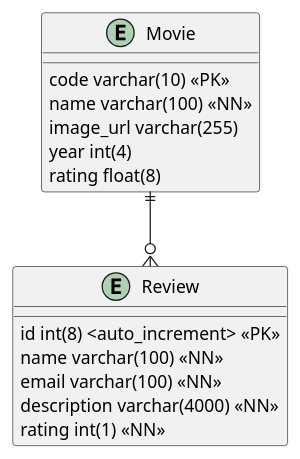
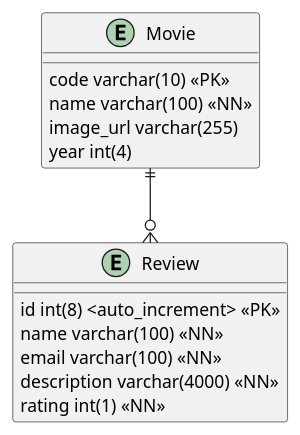
The diagram in doc/modelo_datos.puml (mapulgarin2/Proyecto-Movie-Flask), drawn with PlantUML before and after one commit. The commit also changed 3 other files, not shown here.

```diff
--- a/doc/modelo_datos.puml
+++ b/doc/modelo_datos.puml
@@ -1,23 +1,23 @@
 @startuml "Modelo Entidad Relacion"
 
 Entity Movie {
     code varchar(10) <<PK>>
     name varchar(100) <<NN>>
     image_url varchar(255) 
     year int(4)
-    rating float(8)
+    
 }
 
 Entity Review{
     id int(8) <auto_increment> <<PK>>
     name varchar(100) <<NN>>
     email varchar(100) <<NN>>
     description varchar(4000) <<NN>>
     rating int(1) <<NN>>
 
 }
 
 Movie ||--o{ Review
 
 
 @enduml
```
